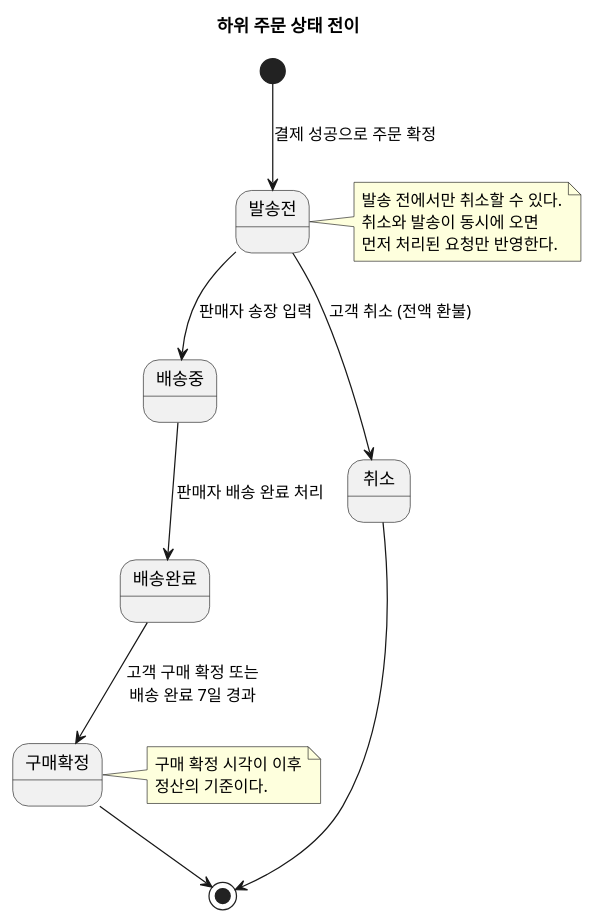
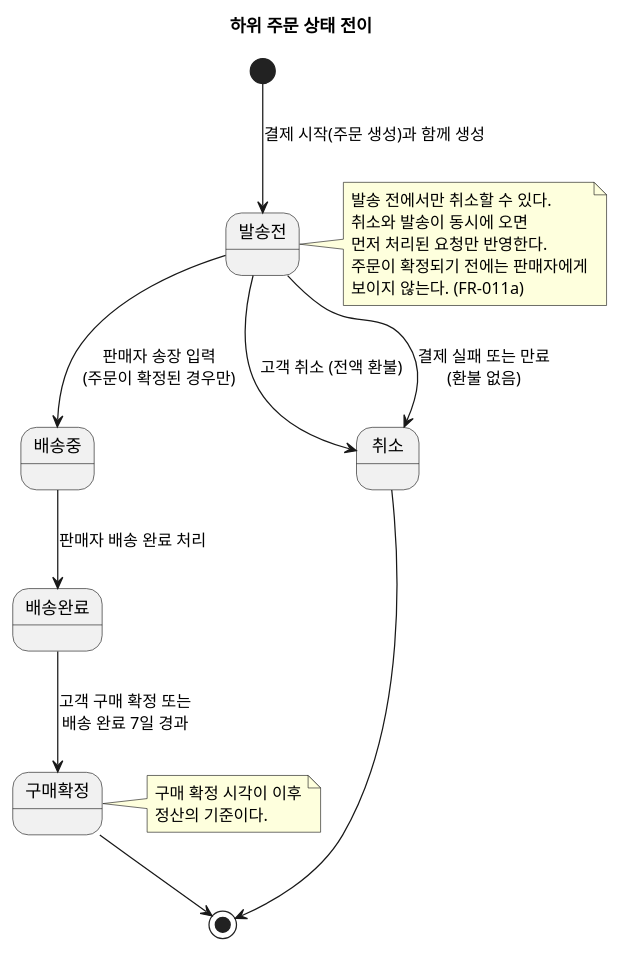
One commit to parknahyun/shopflow changed the diagram in specs/001-multiseller-commerce-core/diagrams/sub-order-states.puml. Above: the diagram before and after it, drawn with PlantUML. The commit also changed 13 other files, not shown here.

```diff
--- a/specs/001-multiseller-commerce-core/diagrams/sub-order-states.puml
+++ b/specs/001-multiseller-commerce-core/diagrams/sub-order-states.puml
@@ -1,23 +1,26 @@
 @startuml
 ' 하위 주문 상태 전이 (data-model.md의 허용 목록과 같다)
 title 하위 주문 상태 전이
 
-[*] --> 발송전 : 결제 성공으로 주문 확정
-발송전 --> 배송중 : 판매자 송장 입력
+[*] --> 발송전 : 결제 시작(주문 생성)과 함께 생성
+발송전 --> 배송중 : 판매자 송장 입력\n(주문이 확정된 경우만)
 발송전 --> 취소 : 고객 취소 (전액 환불)
+발송전 --> 취소 : 결제 실패 또는 만료\n(환불 없음)
 배송중 --> 배송완료 : 판매자 배송 완료 처리
 배송완료 --> 구매확정 : 고객 구매 확정 또는\n배송 완료 7일 경과
 구매확정 --> [*]
 취소 --> [*]
 
 note right of 발송전
   발송 전에서만 취소할 수 있다.
   취소와 발송이 동시에 오면
   먼저 처리된 요청만 반영한다.
+  주문이 확정되기 전에는 판매자에게
+  보이지 않는다. (FR-011a)
 end note
 
 note right of 구매확정
   구매 확정 시각이 이후
   정산의 기준이다.
 end note
 @enduml
```
